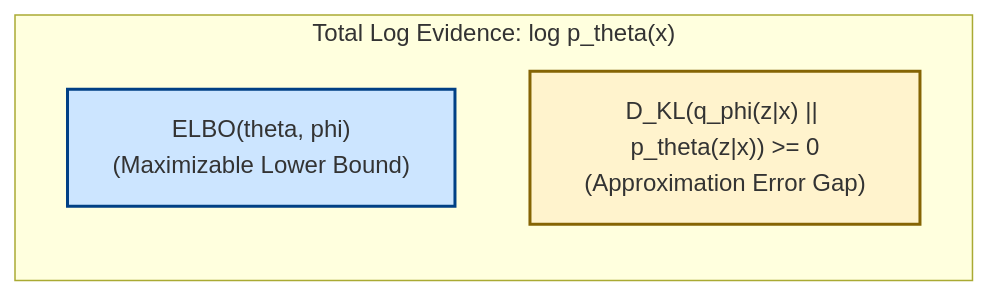
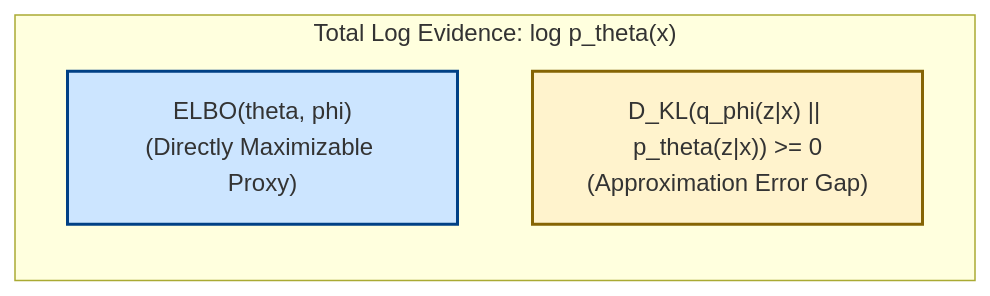
The second of 3 diagrams in generative-models/docs/03_variational_inference_elbo.md (ghif/IF5152), drawn with Mermaid before and after one commit. The commit also changed other lines of this file and 14 other files, not shown here.

````diff
--- a/generative-models/docs/03_variational_inference_elbo.md
+++ b/generative-models/docs/03_variational_inference_elbo.md
@@ -188,11 +149,11 @@
 ```mermaid
 flowchart TD
     subgraph TotalEvidence ["Total Log Evidence: log p_theta(x)"]
         direction TB
-        E["ELBO(theta, phi)<br/>(Maximizable Lower Bound)"]
+        E["ELBO(theta, phi)<br/>(Directly Maximizable Proxy)"]
         G["D_KL(q_phi(z|x) || p_theta(z|x)) >= 0<br/>(Approximation Error Gap)"]
     end
     
     style E fill:#cce5ff,stroke:#004085,stroke-width:2px
     style G fill:#fff3cd,stroke:#856404,stroke-width:2px
 ```
````
